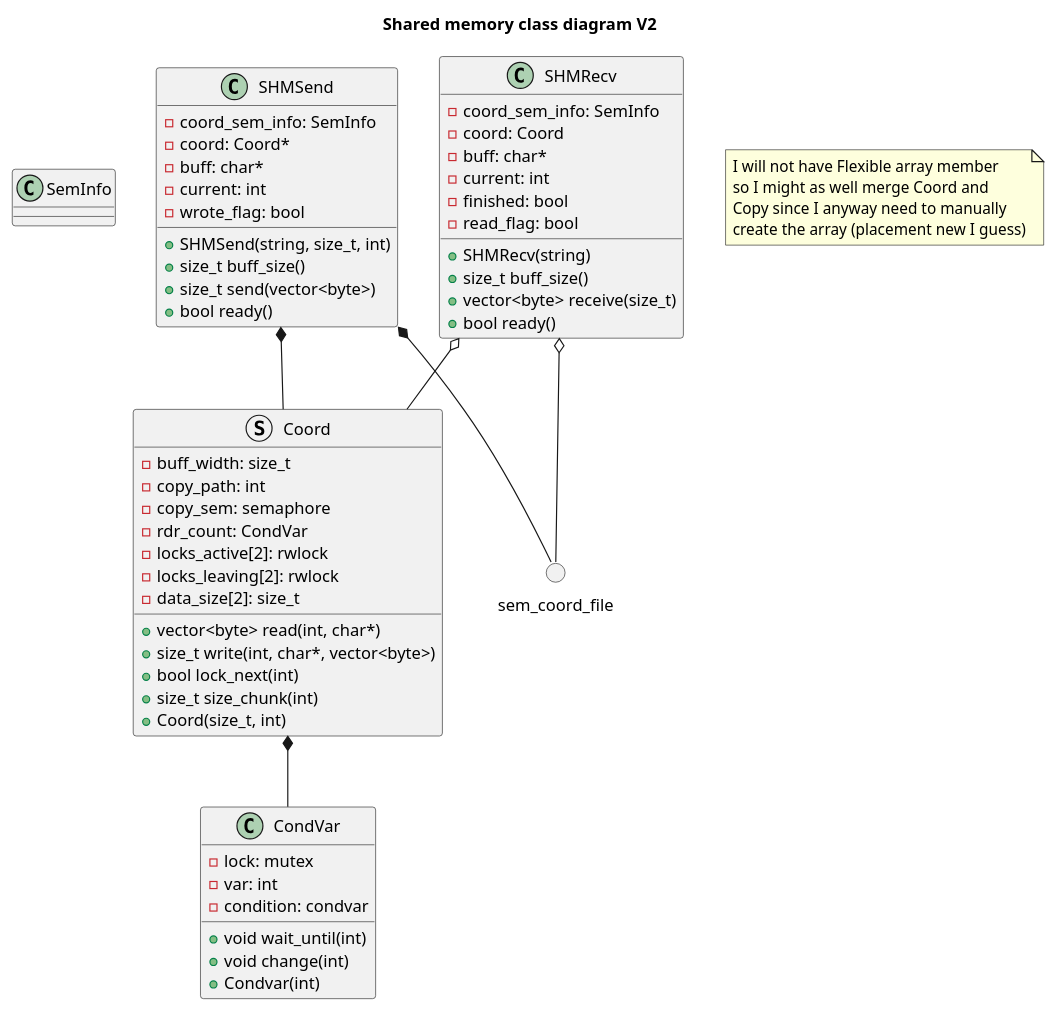
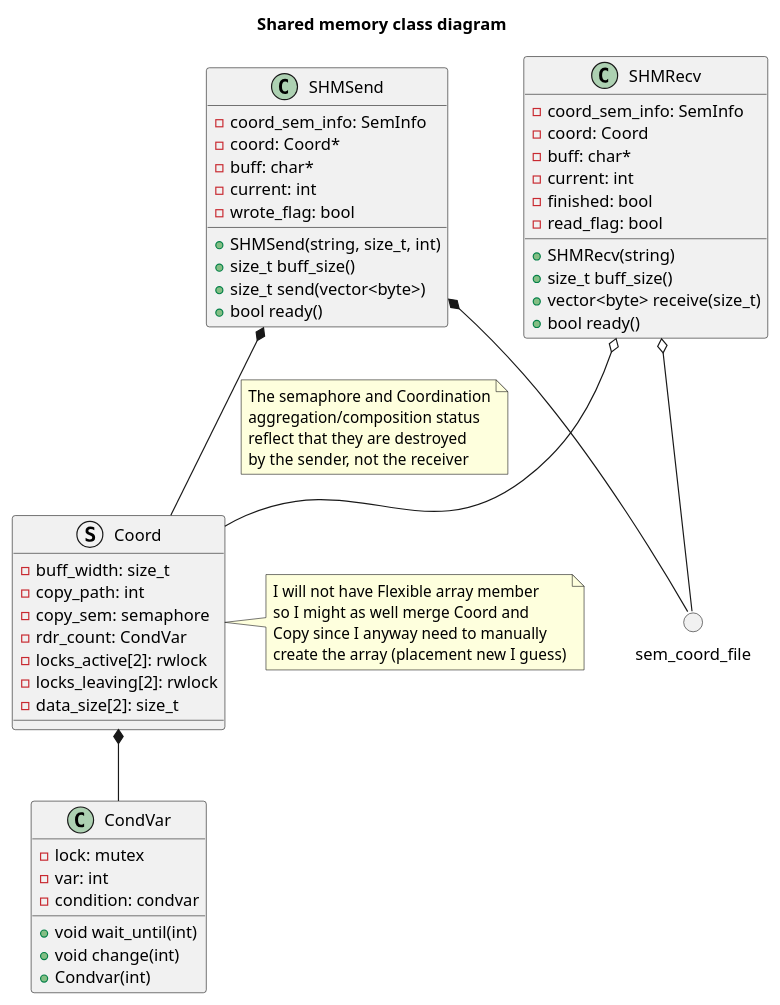
Before and after one commit to LorenzoRuffati/oop-ocp-cpp: the diagram in docs/plantuml/shm/class_shm.puml, drawn with PlantUML. The commit also changed other lines of this file and 6 other files, not shown here.

Commit message:
Refine uml diagrams and add links to planttext

```diff
--- a/docs/plantuml/shm/class_shm.puml
+++ b/docs/plantuml/shm/class_shm.puml
@@ -1,73 +2,72 @@
 @startuml shm_class
 !pragma teoz true
-title "Shared memory class diagram V2"
-
-class SemInfo {}
+title "Shared memory class diagram"
 
 class SHMSend {
   - coord_sem_info: SemInfo
   - coord: Coord*
   - buff: char*
   - current: int
   - wrote_flag: bool
   + SHMSend(string, size_t, int)
   + size_t buff_size()
   + size_t send(vector<byte>)
   + bool ready()
 }
 
 class SHMRecv {
   - coord_sem_info: SemInfo
   - coord: Coord
   - buff: char*
   - current: int
   - finished: bool
   - read_flag: bool
   + SHMRecv(string)
   + size_t buff_size()
   + vector<byte> receive(size_t)
   + bool ready()
 }
 
 struct Coord {
   - buff_width: size_t
   - copy_path: int
   - copy_sem: semaphore
   - rdr_count: CondVar
   - locks_active[2]: rwlock
   - locks_leaving[2]: rwlock
   - data_size[2]: size_t
-  + vector<byte> read(int, char*)
-  + size_t write(int, char*, vector<byte>)
-  + bool lock_next(int)
-  + size_t size_chunk(int)
-  + Coord(size_t, int)
 }
+
+note right
+I will not have Flexible array member 
+so I might as well merge Coord and
+Copy since I anyway need to manually
+create the array (placement new I guess)
+end note
 
 () sem_coord_file as scrd
 
 class CondVar {
   - lock: mutex
   - var: int
   - condition: condvar
   + void wait_until(int)
   + void change(int)
   + Condvar(int)
 }
 
-note as N1
-I will not have Flexible array member 
-so I might as well merge Coord and
-Copy since I anyway need to manually
-create the array (placement new I guess)
-end note
 
 SHMSend *-- scrd
 SHMRecv o-- scrd
-
 SHMSend *-- Coord
+note left on link
+  The semaphore and Coordination
+  aggregation/composition status 
+  reflect that they are destroyed 
+  by the sender, not the receiver
+end note
 SHMRecv o-- Coord
 
 Coord *-- CondVar
 
 @enduml
```
